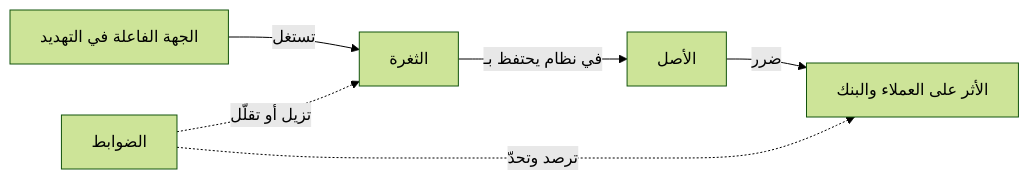
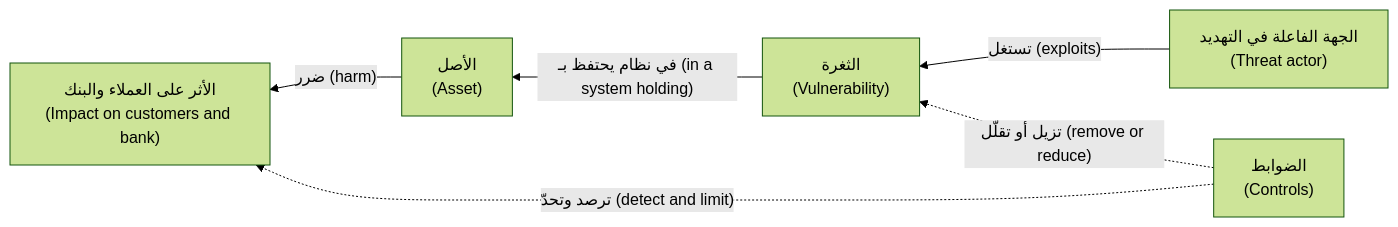
One commit to Tamoura/system-design-for-vibe-coders changed the first of 3 diagrams in secai/modules/00-orientation.ar.md. Above: the diagram before and after it, drawn with Mermaid (forest theme). The commit also changed other lines of this file and 11 other files, not shown here.

First line of the commit message:
Security course: Arabic modules 10–11 reviewed; RTL diagrams with English labels for modules 0–11

````diff
--- a/secai/modules/00-orientation.ar.md
+++ b/secai/modules/00-orientation.ar.md
@@ -76,8 +76,8 @@
 ```mermaid
-flowchart LR
-    TA["الجهة الفاعلة في التهديد"] -->|"تستغل"| V["الثغرة"]
-    V -->|"في نظام يحتفظ بـ"| A["الأصل"]
-    A -->|"ضرر"| I["الأثر على العملاء والبنك"]
-    C["الضوابط"] -.->|"تزيل أو تقلّل"| V
-    C -.->|"ترصد وتحدّ"| I
+flowchart RL
+    TA["الجهة الفاعلة في التهديد<br/>(Threat actor)"] -->|"تستغل (exploits)"| V["الثغرة<br/>(Vulnerability)"]
+    V -->|"في نظام يحتفظ بـ (in a system holding)"| A["الأصل<br/>(Asset)"]
+    A -->|"ضرر (harm)"| I["الأثر على العملاء والبنك<br/>(Impact on customers and bank)"]
+    C["الضوابط<br/>(Controls)"] -.->|"تزيل أو تقلّل (remove or reduce)"| V
+    C -.->|"ترصد وتحدّ (detect and limit)"| I
 ```
````
